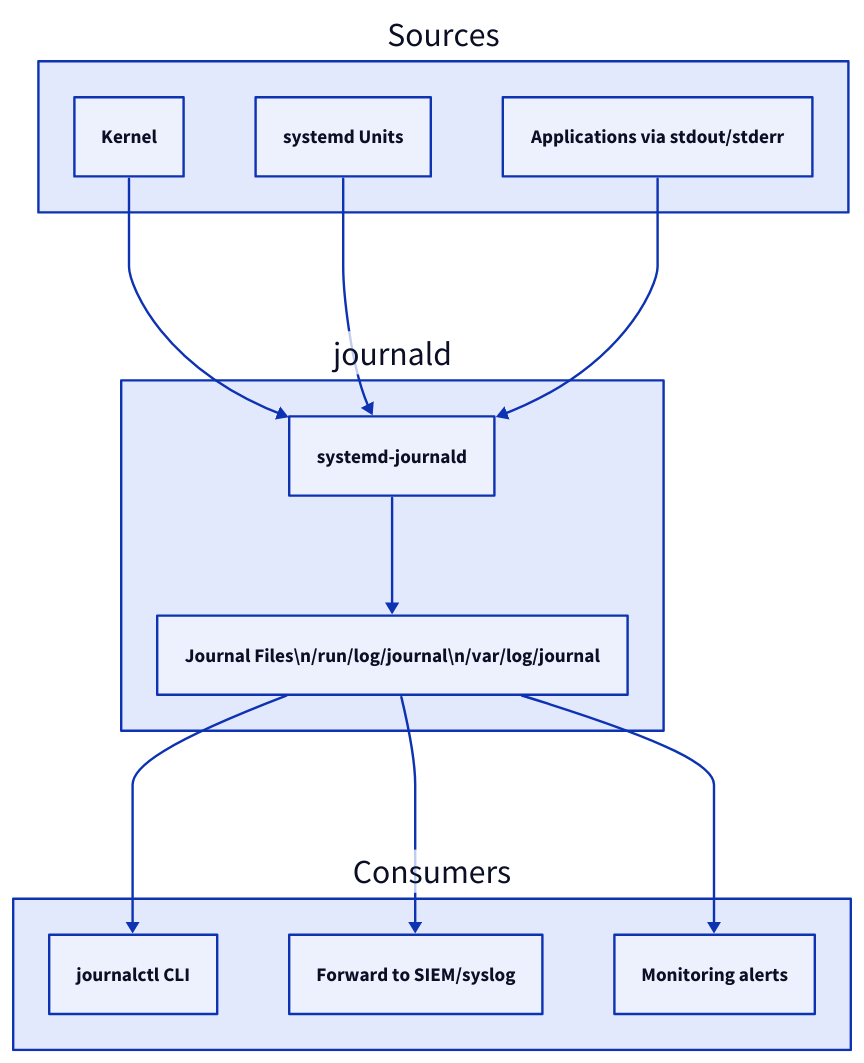
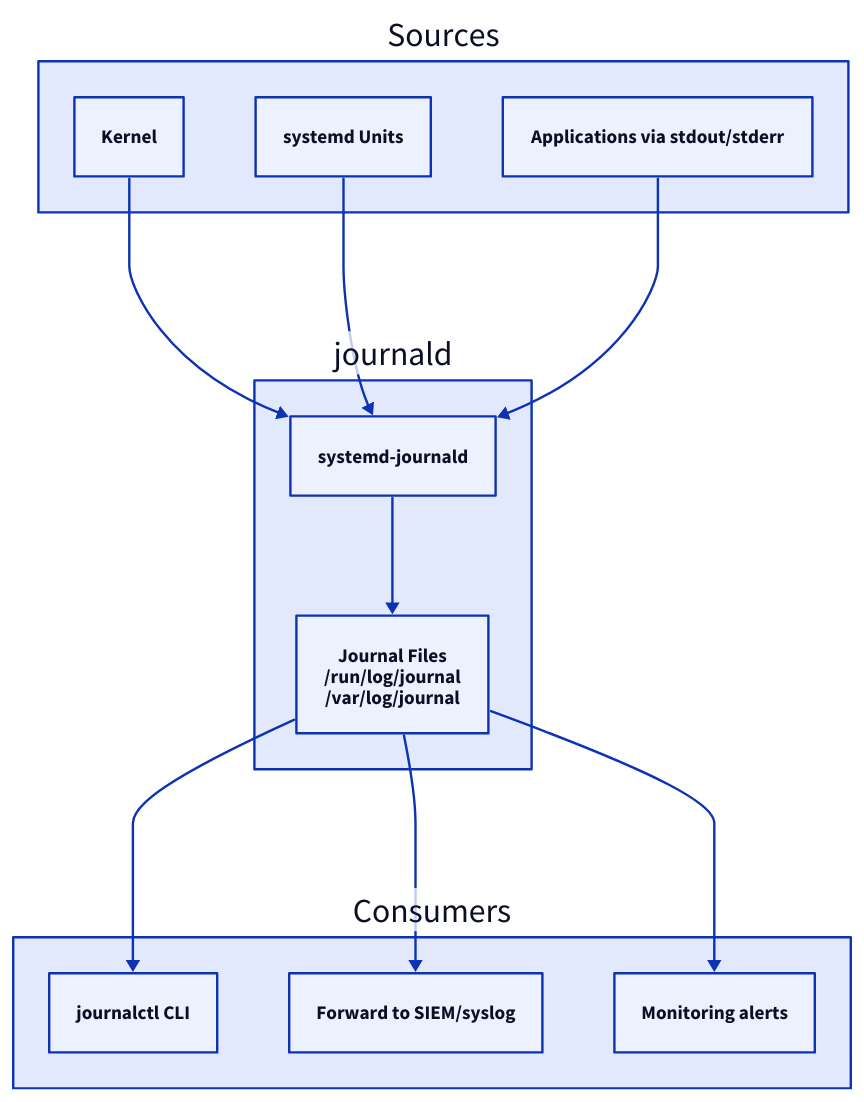
Before and after one commit to rebash-rebash/rebash-academy: the diagram in docs/linux/log-management-journalctl.md, drawn with D2. The commit also changed 177 other files, not shown here.

First line of the commit message:
Ship Terraform track, diagram polish, and new brand favicon.

````diff
--- a/docs/linux/log-management-journalctl.md
+++ b/docs/linux/log-management-journalctl.md
@@ -48,25 +48,25 @@
 ```d2
 direction: down
 
 Sources: Sources {
         K: Kernel
         S: "systemd Units"
         A: "Applications via stdout/stderr"
     }
     journald: journald {
         J: systemd-journald
-        R: "Journal Files\\n/run/log/journal\\n/var/log/journal"
+        R: "Journal Files\n/run/log/journal\n/var/log/journal"
     }
     Consumers: Consumers {
         C: "journalctl CLI"
         F: "Forward to SIEM/syslog"
         M: "Monitoring alerts"
     }
     Sources.K -> journald.J
     Sources.S -> journald.J
     Sources.A -> journald.J
     journald.J -> journald.R
     journald.R -> Consumers.C
     journald.R -> Consumers.F
     journald.R -> Consumers.M
 ```
````
